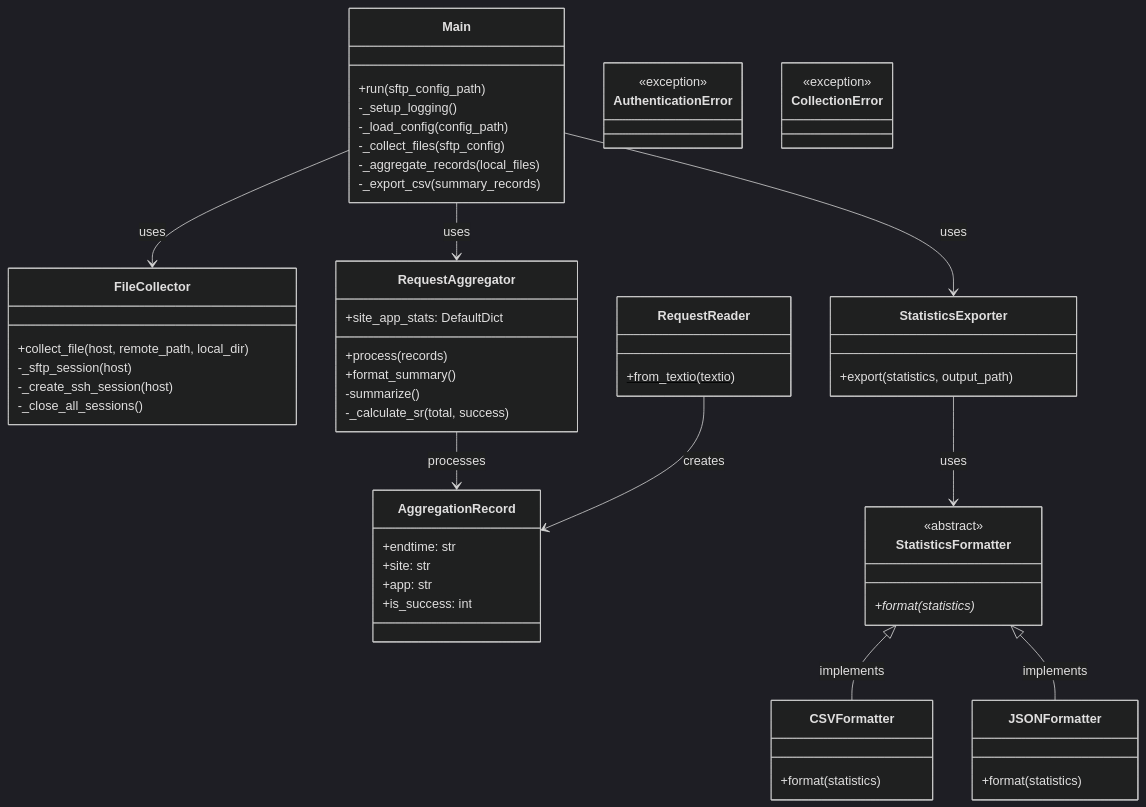
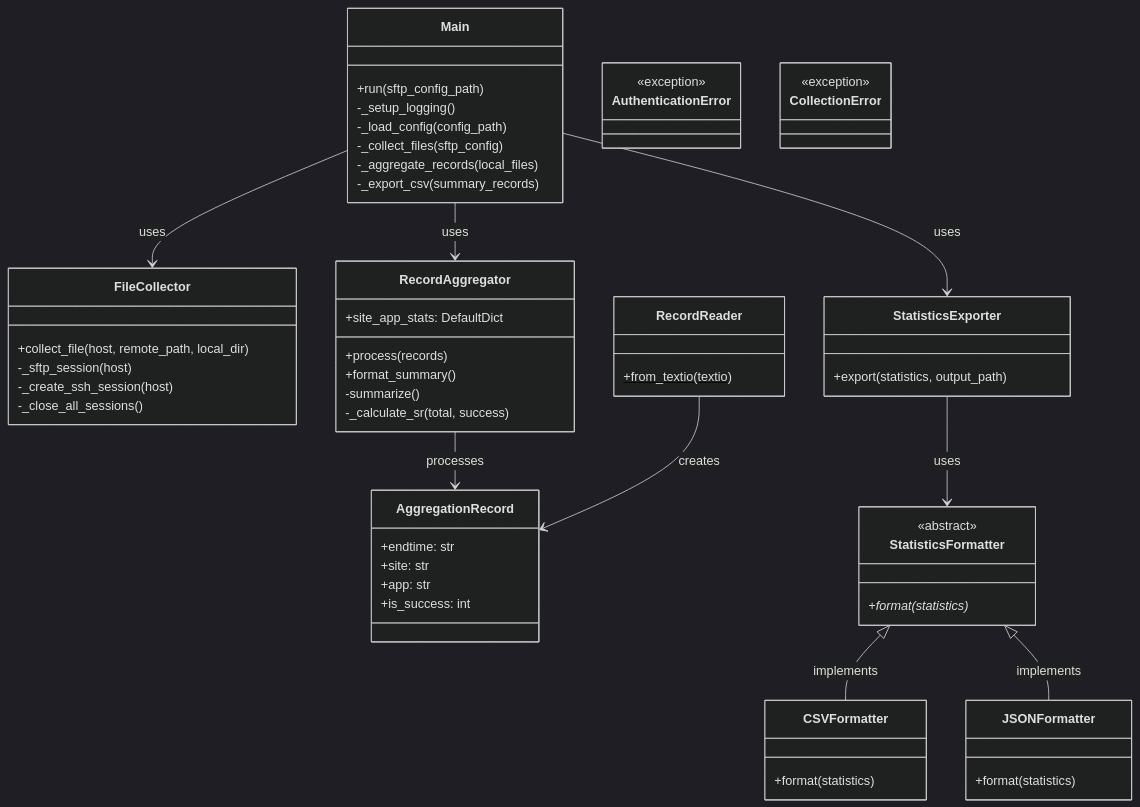
Before and after one commit to miyanew/learning: the diagram in GetAndCalc/doc/classDiagram.md, drawn with Mermaid (dark theme). The commit also changed 2 other files, not shown here.

Commit message:
表記を修正

````diff
--- a/GetAndCalc/doc/classDiagram.md
+++ b/GetAndCalc/doc/classDiagram.md
@@ -3,71 +3,71 @@
 ```mermaid
 classDiagram
     class Main {
         +run(sftp_config_path)
         -_setup_logging()
         -_load_config(config_path)
         -_collect_files(sftp_config)
         -_aggregate_records(local_files)
         -_export_csv(summary_records)
     }
 
     class FileCollector {
         +collect_file(host, remote_path, local_dir)
         -_sftp_session(host)
         -_create_ssh_session(host)
         -_close_all_sessions()
     }
 
-    class RequestReader {
+    class RecordReader {
         +from_textio(textio) $
     }
 
     class AggregationRecord {
         +endtime: str
         +site: str
         +app: str
         +is_success: int
     }
 
-    class RequestAggregator {
+    class RecordAggregator {
         +site_app_stats: DefaultDict
         +process(records)
         +format_summary()
         -summarize()
         -_calculate_sr(total, success)
     }
 
     class StatisticsFormatter {
         <<abstract>>
         +format(statistics) *
     }
 
     class CSVFormatter {
         +format(statistics)
     }
 
     class JSONFormatter {
         +format(statistics)
     }
 
     class StatisticsExporter {
         +export(statistics, output_path)
     }
 
     class AuthenticationError {
         <<exception>>
     }
 
     class CollectionError {
         <<exception>>
     }
 
     StatisticsFormatter <|-- CSVFormatter: implements
     StatisticsFormatter <|-- JSONFormatter: implements
     StatisticsExporter --> StatisticsFormatter: uses
-    RequestAggregator --> AggregationRecord: processes
-    RequestReader --> AggregationRecord: creates
+    RecordAggregator --> AggregationRecord: processes
+    RecordReader --> AggregationRecord: creates
     Main --> FileCollector: uses
-    Main --> RequestAggregator: uses
+    Main --> RecordAggregator: uses
     Main --> StatisticsExporter: uses
 ```
````
